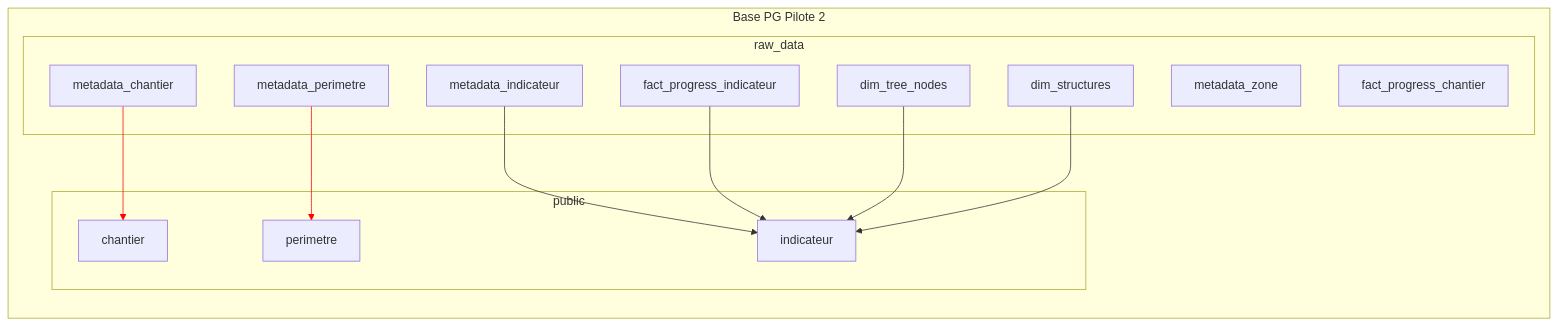
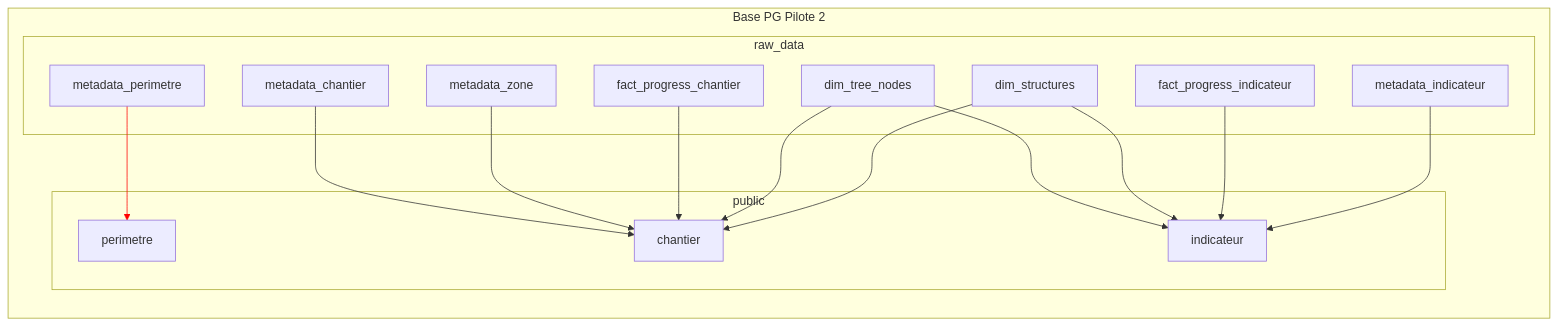
Before and after one commit to DITP-pilotage/pilote-2: the fourth of 4 diagrams in data/README.md, drawn with Mermaid. The commit also changed 8 other files, not shown here.

````diff
--- a/data/README.md
+++ b/data/README.md
@@ -219,25 +219,28 @@
 ``` mermaid
 graph LR
 subgraph Base PG Pilote 2
    subgraph raw_data
       M_CHA[metadata_chantier]
       M_PER[metadata_perimetre]
       M_IND[metadata_indicateur]
       M_ZON[metadata_zone]
       D_FPI[fact_progress_indicateur]
       D_FPC[fact_progress_chantier]
       D_DTN[dim_tree_nodes]
       D_DS[dim_structures]
    end
    subgraph public
+      M_PER --> PER[perimetre]
       M_CHA --> CHA[chantier]
-      M_PER --> PER[perimetre]
+      M_ZON --> CHA
+      D_FPC --> CHA
+      D_DTN --> CHA
+      D_DS  --> CHA
+      D_DTN --> IND
+      D_DS  --> IND
+      D_FPI --> IND
       M_IND --> IND[indicateur]
-      D_FPI --> IND
-      D_DTN --> IND
-      D_DS --> IND
       linkStyle 0 stroke:red;
-      linkStyle 1 stroke:red;
    end
 end
 ```
````
